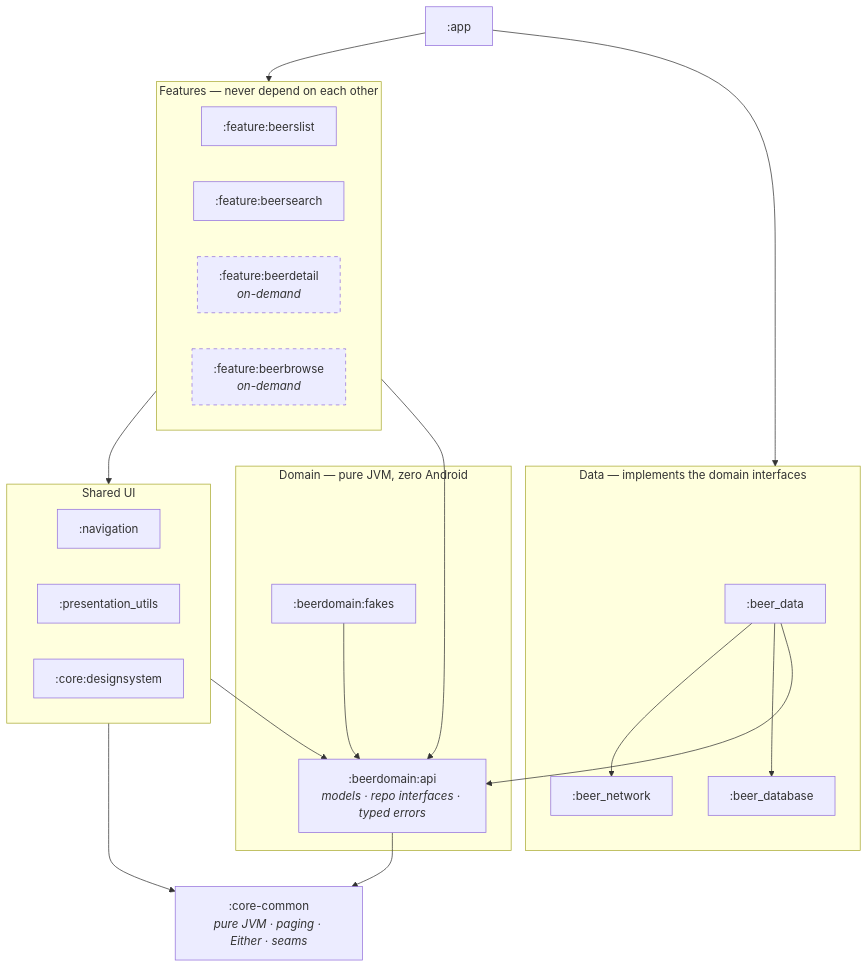
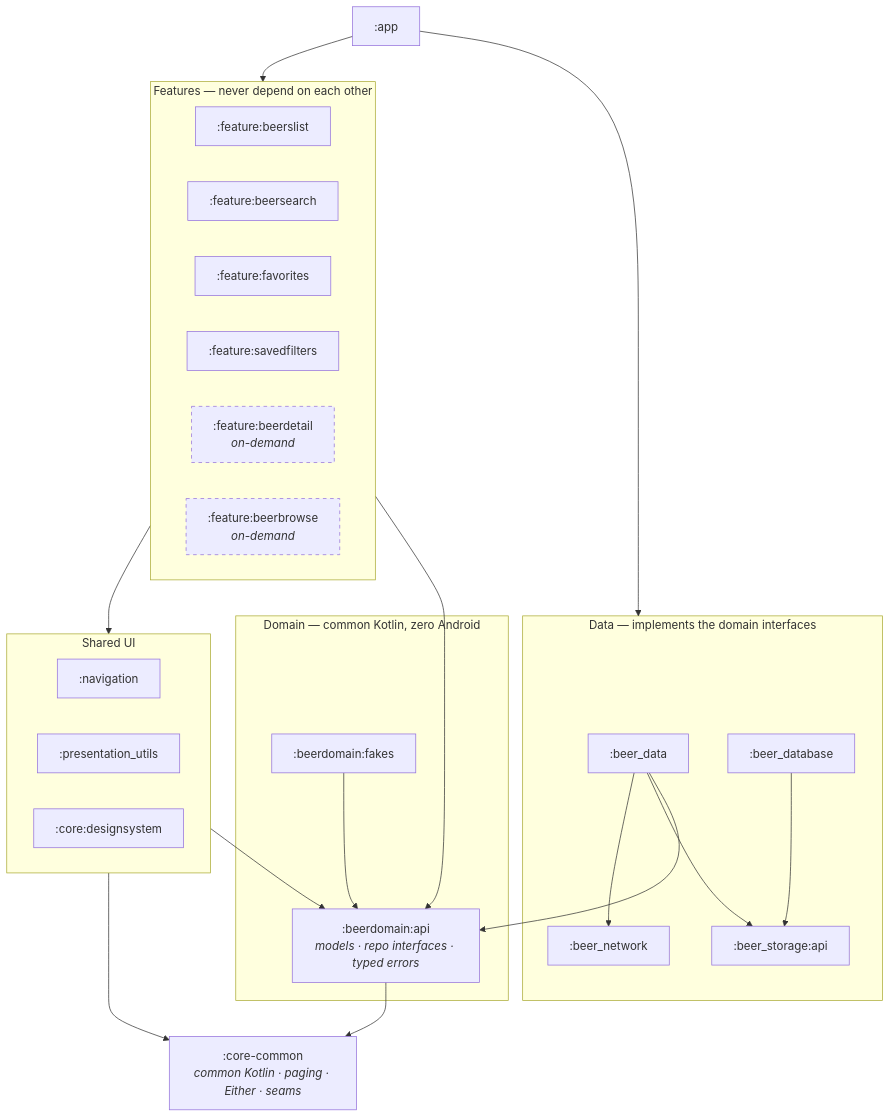
Before and after one commit to simtop/BillionBeers: the first of 2 diagrams in README.md, drawn with Mermaid. The commit also changed other lines of this file and 2 other files, not shown here.

Commit message:
docs: map durable feature changes across targets (#341)

````diff
--- a/README.md
+++ b/README.md
@@ -48,45 +52,49 @@
 ```mermaid
 graph TD
     App[":app"]
 
     subgraph FEATURES ["Features — never depend on each other"]
         List[":feature:beerslist"]
         Search[":feature:beersearch"]
+        Favorites[":feature:favorites"]
+        Presets[":feature:savedfilters"]
         Detail[":feature:beerdetail<br/><i>on-demand</i>"]
         Browse[":feature:beerbrowse<br/><i>on-demand</i>"]
     end
 
     subgraph SHARED ["Shared UI"]
         Nav[":navigation"]
         PresUtils[":presentation_utils"]
         Design[":core:designsystem"]
     end
 
     subgraph DATA ["Data — implements the domain interfaces"]
         Data[":beer_data"]
         Network[":beer_network"]
+        Storage[":beer_storage:api"]
         DB[":beer_database"]
     end
 
-    subgraph DOMAIN ["Domain — pure JVM, zero Android"]
+    subgraph DOMAIN ["Domain — common Kotlin, zero Android"]
         Api[":beerdomain:api<br/><i>models · repo interfaces · typed errors</i>"]
         Fakes[":beerdomain:fakes"]
     end
 
-    CoreCommon[":core-common<br/><i>pure JVM · paging · Either · seams</i>"]
+    CoreCommon[":core-common<br/><i>common Kotlin · paging · Either · seams</i>"]
 
     App --> FEATURES
     App --> DATA
     FEATURES --> SHARED
     FEATURES --> Api
     SHARED --> Api
     Data --> Network
-    Data --> DB
+    Data --> Storage
+    DB --> Storage
     Data --> Api
     Fakes --> Api
     Api --> CoreCommon
     SHARED --> CoreCommon
 
     classDef dyn stroke-dasharray: 5 5
     class Detail,Browse dyn
 ```
````
